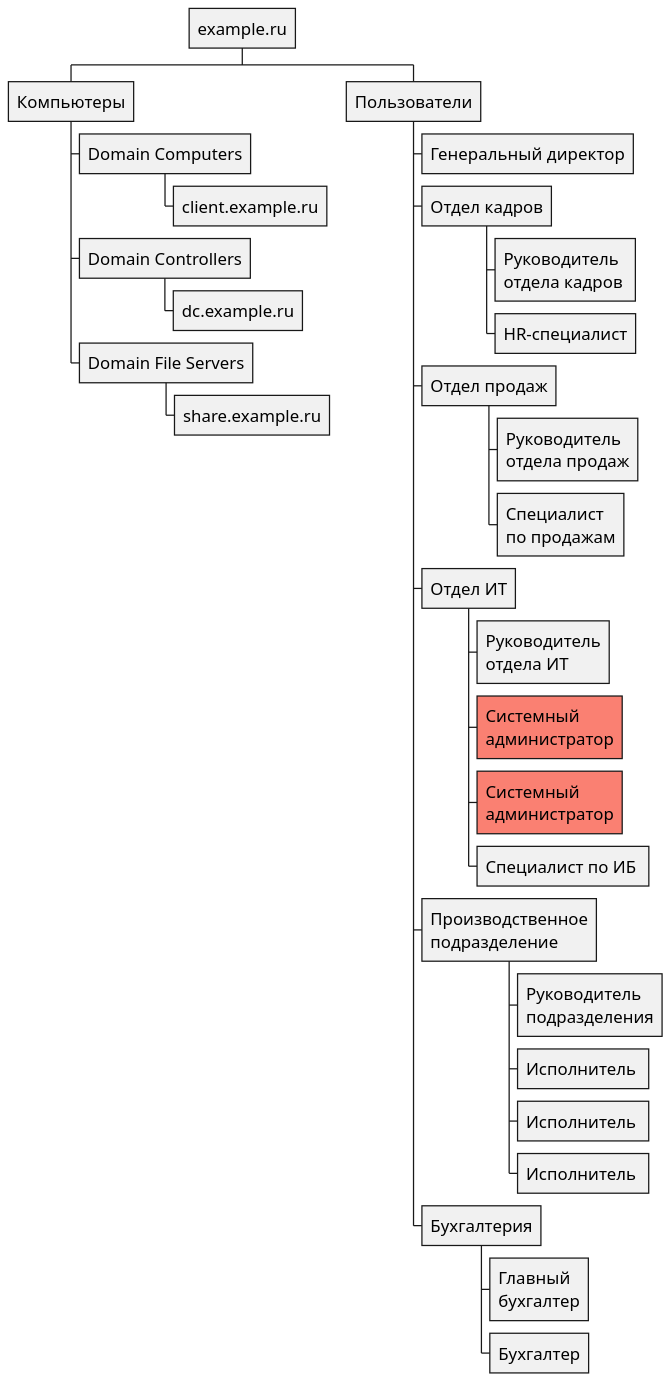
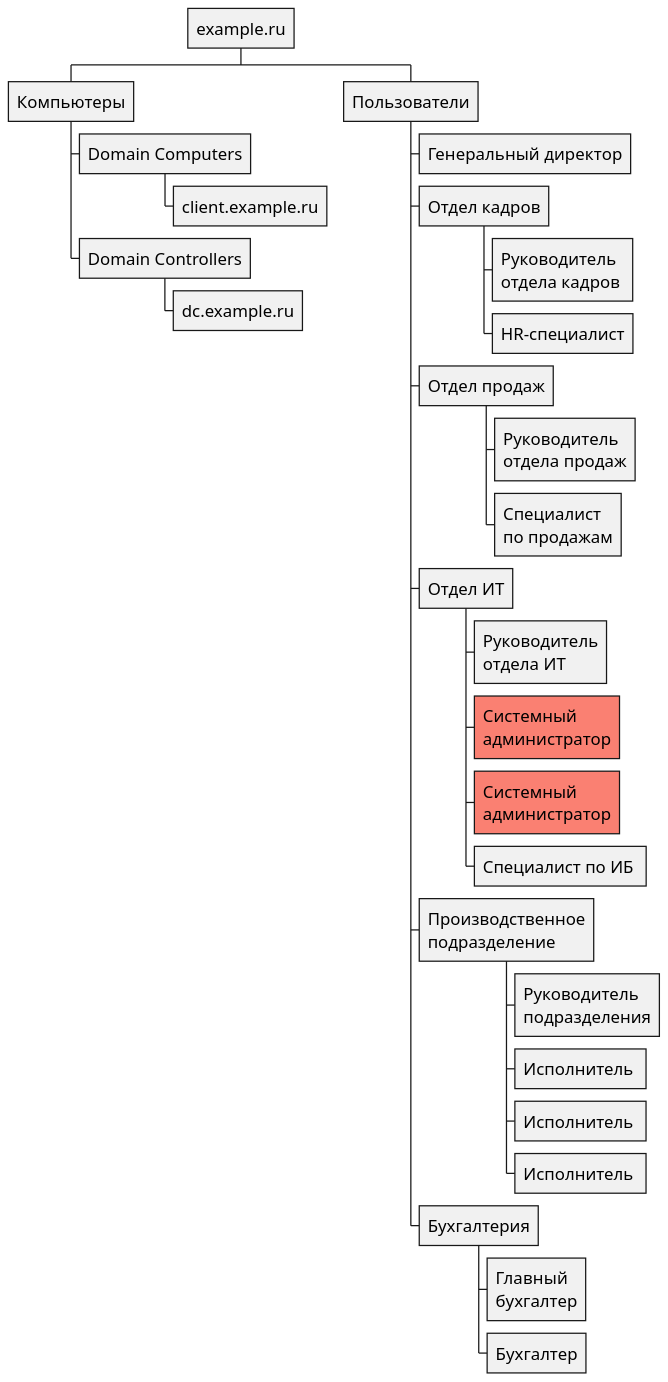
One commit to baksist/thesis-plantuml-diagrams changed the diagram in domain.puml. Above: the diagram before and after it, drawn with PlantUML. The commit also changed 2 other files, not shown here.

```diff
--- a/domain.puml
+++ b/domain.puml
@@ -1,55 +1,53 @@
 @startwbs domain
 skinparam DefaultFontSize 20
 
 * example.ru
 
 ** Компьютеры
 
 *** Domain Computers
 **** client.example.ru
 *** Domain Controllers
 **** dc.example.ru
-*** Domain File Servers
-**** share.example.ru
 
 ** Пользователи
 
 *** Генеральный директор
 
 *** Отдел кадров
 ****:Руководитель 
 отдела кадров ;
 ****  HR-специалист
 
 *** Отдел продаж
 ****:Руководитель 
 отдела продаж;
 ****:Специалист
 по продажам;
 
 *** Отдел ИТ
 ****:Руководитель
 отдела ИТ;
 ****[#Salmon]:Системный
 администратор;
 ****[#Salmon]:Системный
 администратор;
 ****  Специалист по ИБ 
 
 ***:Производственное
 подразделение;
 ****:Руководитель
 подразделения;
 ****  Исполнитель 
 ****  Исполнитель 
 ****  Исполнитель 
 
 *** Бухгалтерия
 ****:Главный
 бухгалтер;
 ****  Бухгалтер
 
 
 
 
 @endwbs
```
